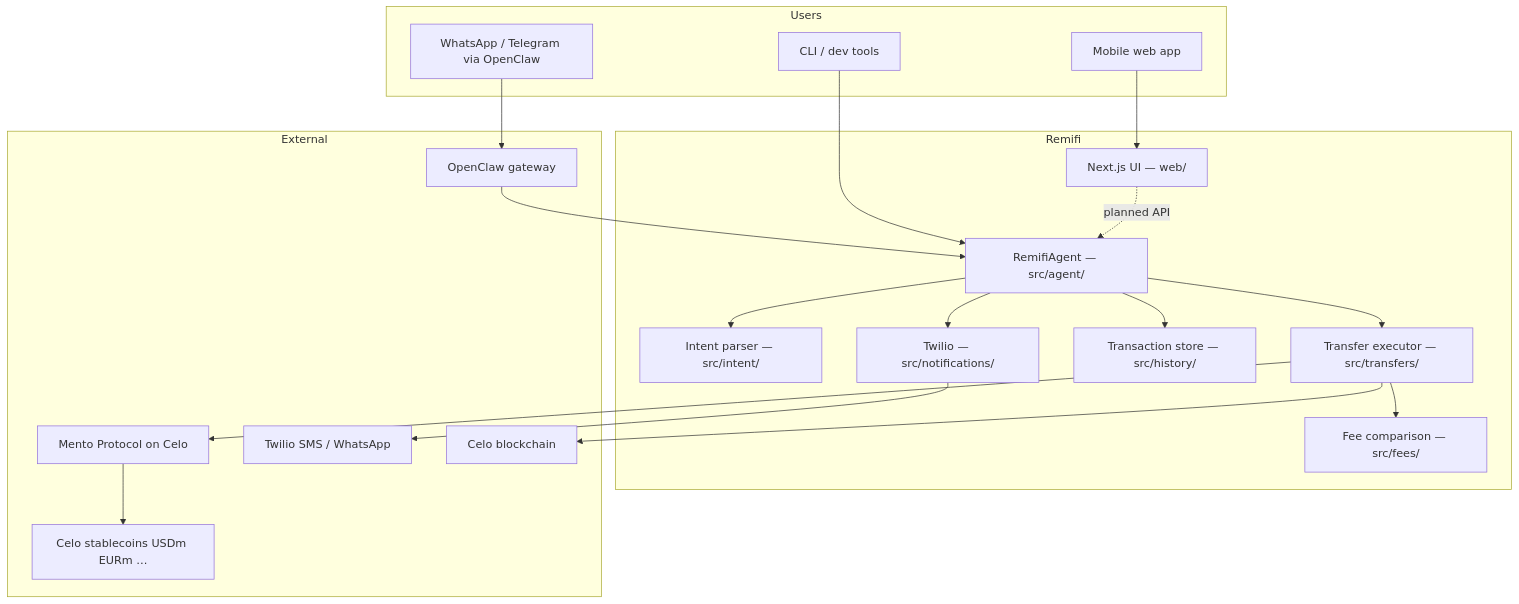
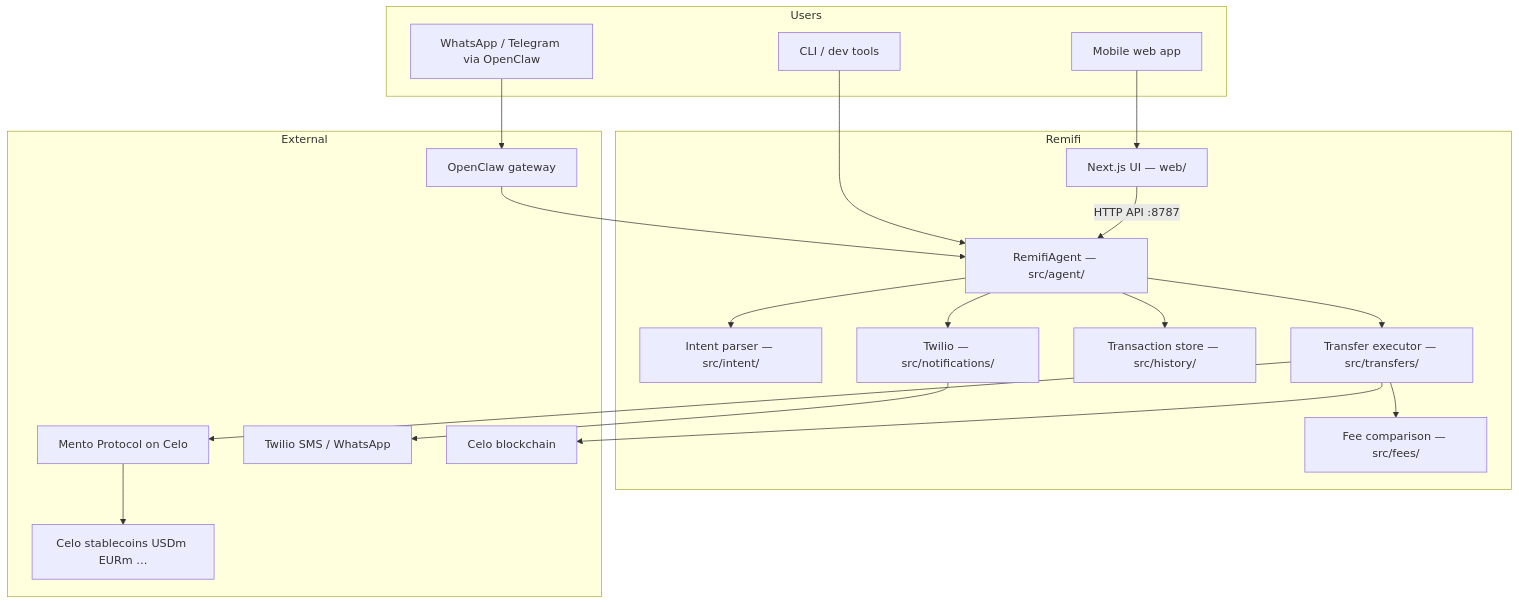
The first of 4 diagrams in howitworks.md (chemist-god/RemitClaw), drawn with Mermaid before and after one commit. The commit also changed other lines of this file and 116 other files, not shown here.

````diff
--- a/howitworks.md
+++ b/howitworks.md
@@ -93,40 +95,40 @@
 ```mermaid
 flowchart TB
   subgraph Users
     U1[Mobile web app]
     U2[WhatsApp / Telegram via OpenClaw]
     U3[CLI / dev tools]
   end
 
   subgraph Remifi
     WEB[Next.js UI — web/]
     AGENT[RemifiAgent — src/agent/]
     NLU[Intent parser — src/intent/]
     EXEC[Transfer executor — src/transfers/]
     FEES[Fee comparison — src/fees/]
     HIST[Transaction store — src/history/]
     NOTIFY[Twilio — src/notifications/]
   end
 
   subgraph External
     OC[OpenClaw gateway]
     MENTO[Mento Protocol on Celo]
     TOKENS[Celo stablecoins USDm EURm …]
     TWILIO[Twilio SMS / WhatsApp]
     CHAIN[Celo blockchain]
   end
 
   U1 --> WEB
   U2 --> OC --> AGENT
   U3 --> AGENT
 
-  WEB -.->|planned API| AGENT
+  WEB -->|HTTP API :8787| AGENT
   AGENT --> NLU
   AGENT --> EXEC
   EXEC --> FEES
   EXEC --> MENTO
   EXEC --> CHAIN
   AGENT --> HIST
   AGENT --> NOTIFY --> TWILIO
   MENTO --> TOKENS
 ```
````
